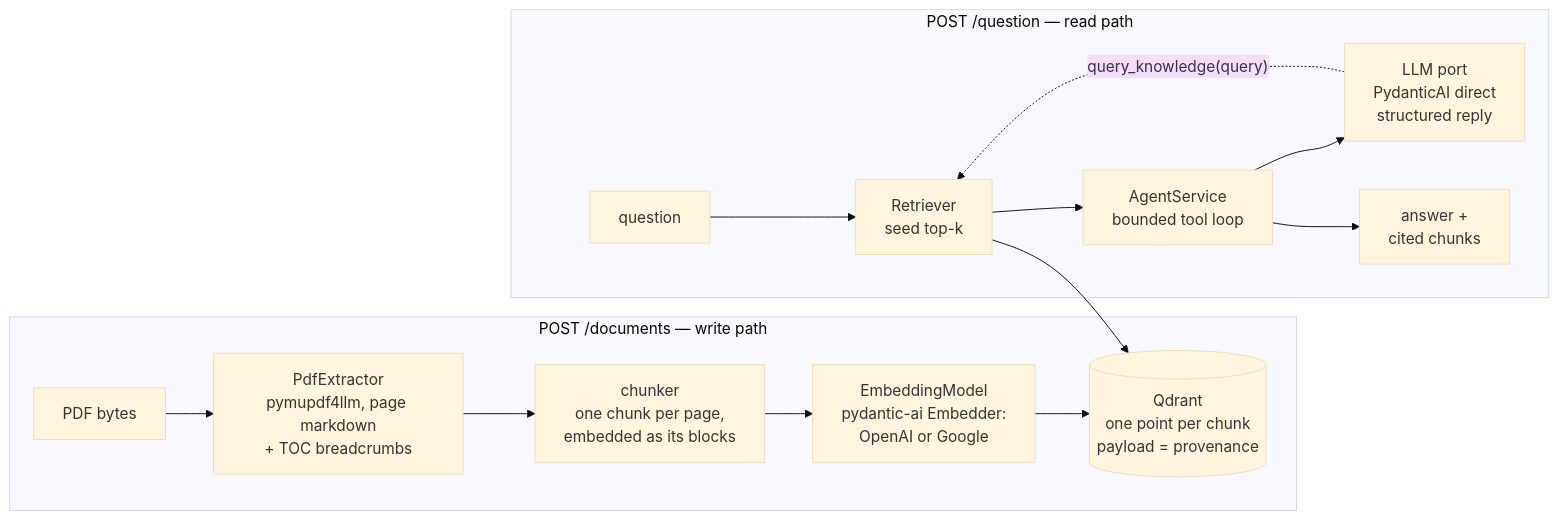
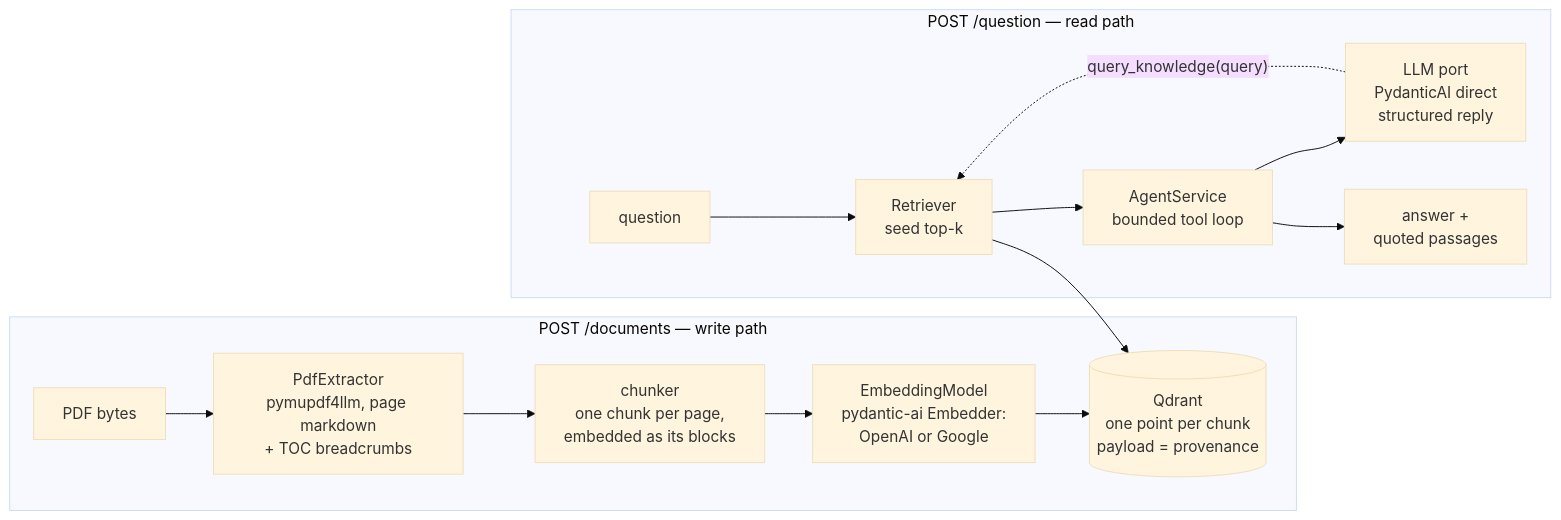
The diagram in README.md (Vipigal/rag-ai-agent), drawn with Mermaid (base theme) before and after one commit. The commit also changed other lines of this file and 44 other files, not shown here.

````diff
--- a/README.md
+++ b/README.md
@@ -112,17 +130,17 @@
 ```mermaid
 flowchart LR
   subgraph ingest["POST /documents — write path"]
     P[PDF bytes] --> X["PdfExtractor<br/>pymupdf4llm, page markdown<br/>+ TOC breadcrumbs"]
     X --> C["chunker<br/>one chunk per page,<br/>embedded as its blocks"]
     C --> E["EmbeddingModel<br/>pydantic-ai Embedder:<br/>OpenAI or Google"]
     E --> Q[("Qdrant<br/>one point per chunk<br/>payload = provenance")]
   end
   subgraph ask["POST /question — read path"]
     U[question] --> R["Retriever<br/>seed top-k"]
     R --> A["AgentService<br/>bounded tool loop"]
     A --> L["LLM port<br/>PydanticAI direct<br/>structured reply"]
     L -. "query_knowledge(query)" .-> R
-    A --> O["answer +<br/>cited chunks"]
+    A --> O["answer +<br/>quoted passages"]
   end
   R --> Q
 ```
````
